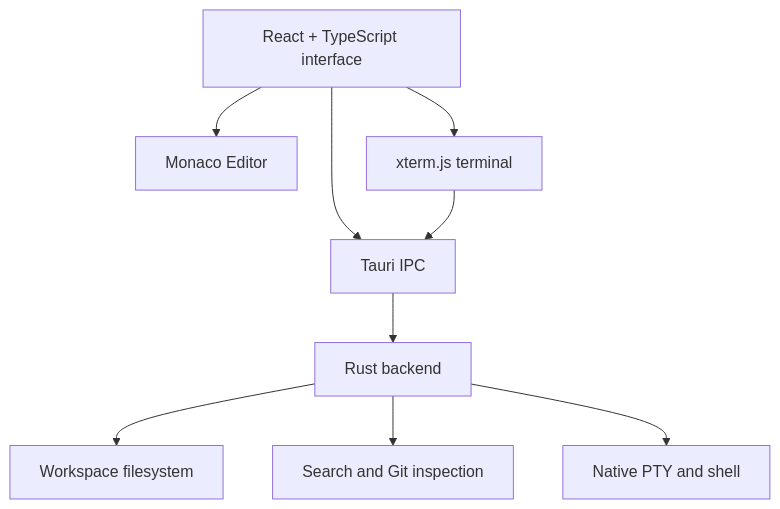
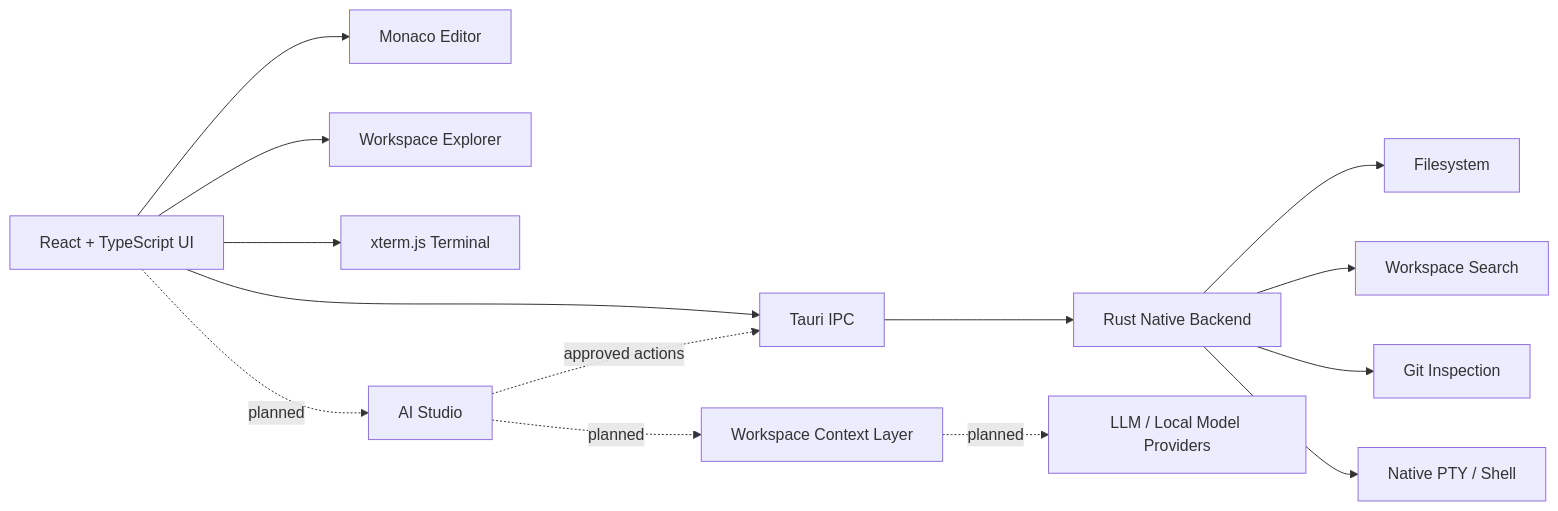
Before and after one commit to fcopensource/veyraeditor: the diagram in README.md, drawn with Mermaid. The commit also changed other lines of this file, not shown here.

Commit message:
docs: redesign README around AI-native Veyra vision

````diff
--- a/README.md
+++ b/README.md
@@ -115,11 +159,18 @@
 ```mermaid
-flowchart TD
-    UI[React + TypeScript interface] --> Monaco[Monaco Editor]
-    UI --> Terminal[xterm.js terminal]
+flowchart LR
+    UI[React + TypeScript UI] --> Monaco[Monaco Editor]
+    UI --> Explorer[Workspace Explorer]
+    UI --> Terminal[xterm.js Terminal]
     UI --> IPC[Tauri IPC]
-    IPC --> Rust[Rust backend]
-    Rust --> Files[Workspace filesystem]
-    Rust --> Search[Search and Git inspection]
-    Rust --> PTY[Native PTY and shell]
-    Terminal --> IPC
+
+    IPC --> Rust[Rust Native Backend]
+    Rust --> FS[Filesystem]
+    Rust --> Search[Workspace Search]
+    Rust --> Git[Git Inspection]
+    Rust --> PTY[Native PTY / Shell]
+
+    UI -. planned .-> AI[AI Studio]
+    AI -. planned .-> Context[Workspace Context Layer]
+    Context -. planned .-> Models[LLM / Local Model Providers]
+    AI -. approved actions .-> IPC
 ```
````
